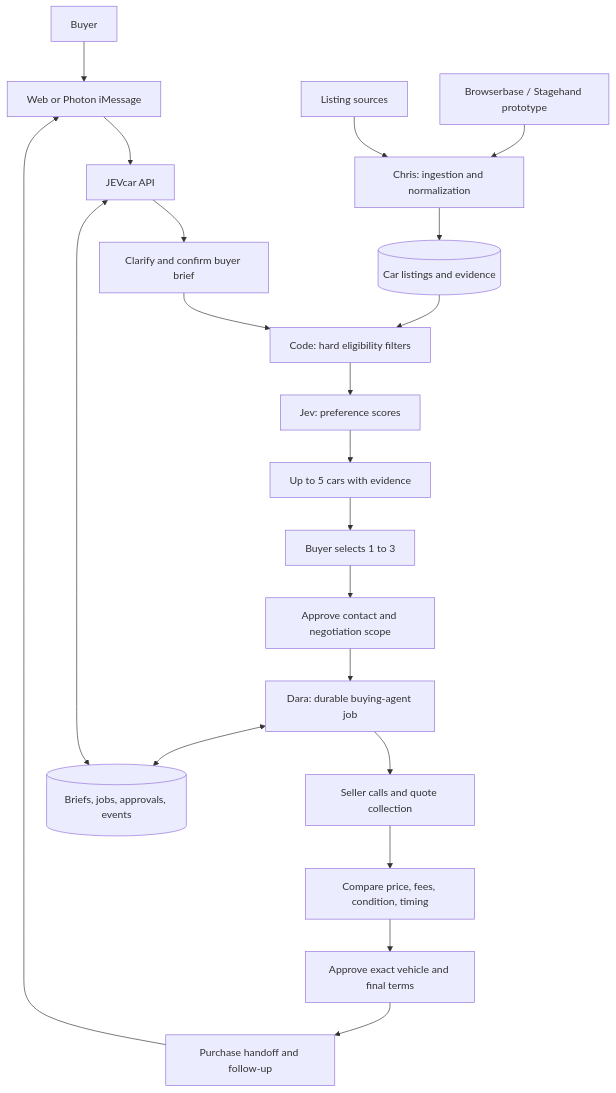
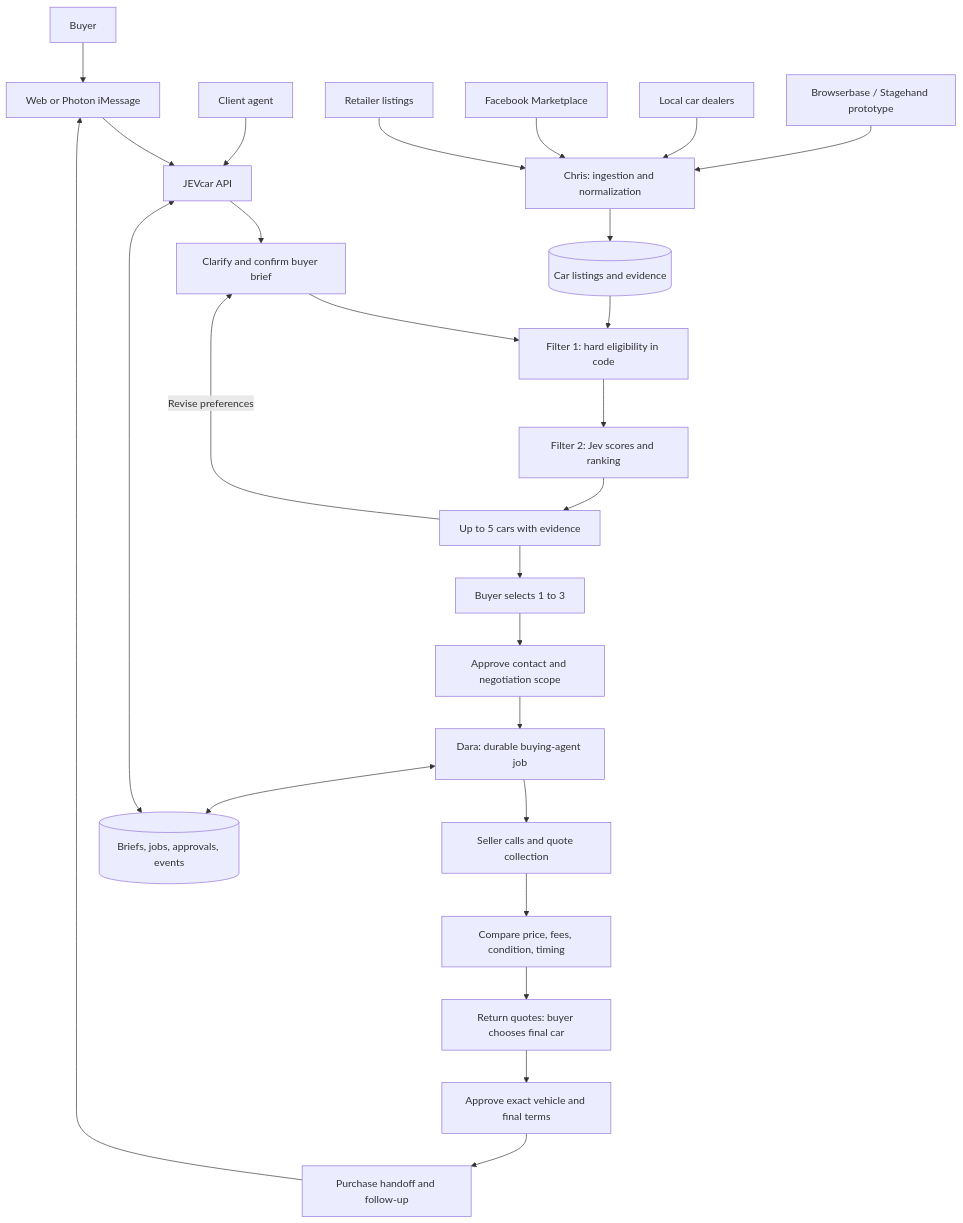
Before and after one commit to benikigai/JEVgotiator: the diagram in README.md, drawn with Mermaid. The commit also changed other lines of this file and 4 other files, not shown here.

````diff
--- a/README.md
+++ b/README.md
@@ -21,23 +21,28 @@
 ```mermaid
 flowchart TD
     Buyer[Buyer] --> Channel[Web or Photon iMessage]
     Channel --> API[JEVcar API]
+    ClientAgent[Client agent] --> API
     API --> Clarify[Clarify and confirm buyer brief]
-    Clarify --> Filter[Code: hard eligibility filters]
-    Sources[Listing sources] --> Ingest[Chris: ingestion and normalization]
+    Clarify --> Filter[Filter 1: hard eligibility in code]
+    Retailer[Retailer listings] --> Ingest[Chris: ingestion and normalization]
+    Marketplace[Facebook Marketplace] --> Ingest
+    Dealers[Local car dealers] --> Ingest
     Prototype[Browserbase / Stagehand prototype] --> Ingest
     Ingest --> DB[(Car listings and evidence)]
     DB --> Filter
-    Filter --> Rank[Jev: preference scores]
+    Filter --> Rank[Filter 2: Jev scores and ranking]
     Rank --> Shortlist[Up to 5 cars with evidence]
     Shortlist --> Select[Buyer selects 1 to 3]
+    Shortlist -->|Revise preferences| Clarify
     Select --> ContactGate[Approve contact and negotiation scope]
     ContactGate --> Agent[Dara: durable buying-agent job]
     Agent --> Calls[Seller calls and quote collection]
     Calls --> Compare[Compare price, fees, condition, timing]
-    Compare --> PurchaseGate[Approve exact vehicle and final terms]
+    Compare --> FinalChoice[Return quotes: buyer chooses final car]
+    FinalChoice --> PurchaseGate[Approve exact vehicle and final terms]
     PurchaseGate --> Handoff[Purchase handoff and follow-up]
     Handoff --> Channel
     API <--> State[(Briefs, jobs, approvals, events)]
     Agent <--> State
 ```
````
